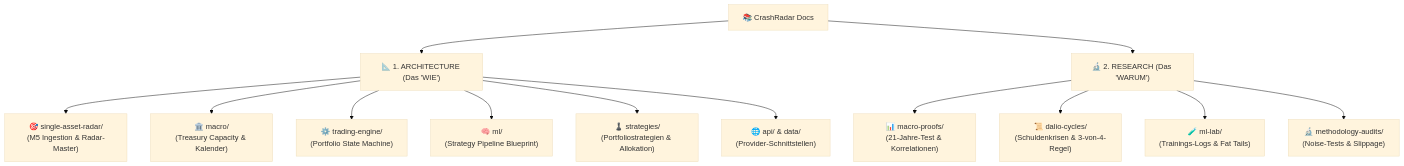
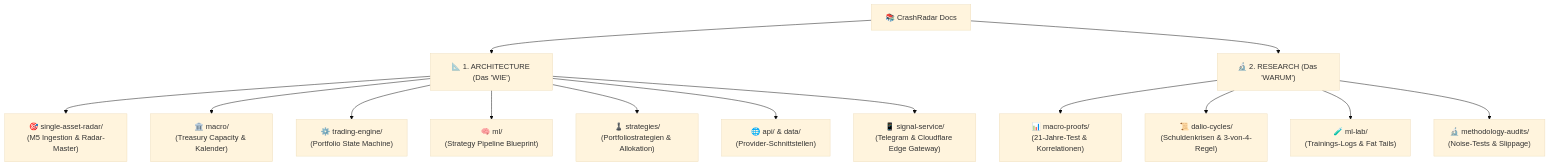
The diagram in docs/README.md (jahnhane1980/CrashRadar), drawn with Mermaid (base theme) before and after one commit. The commit also changed other lines of this file and 3 other files, not shown here.

First line of the commit message:
docs: architecture & roadmap alignment for investment signal service

````diff
--- a/docs/README.md
+++ b/docs/README.md
@@ -10,19 +10,20 @@
 ```mermaid
 flowchart TD
     Index["📚 CrashRadar Docs"]
     
     Index --> Arch["📐 1. ARCHITECTURE (Das 'WIE')"]
     Index --> Res["🔬 2. RESEARCH (Das 'WARUM')"]
     
     Arch --> A1["🎯 single-asset-radar/<br>(M5 Ingestion & Radar-Master)"]
     Arch --> A2["🏛️ macro/<br>(Treasury Capacity & Kalender)"]
     Arch --> A3["⚙️ trading-engine/<br>(Portfolio State Machine)"]
     Arch --> A4["🧠 ml/<br>(Strategy Pipeline Blueprint)"]
     Arch --> A5["♟️ strategies/<br>(Portfoliostrategien & Allokation)"]
     Arch --> A6["🌐 api/ & data/<br>(Provider-Schnittstellen)"]
+    Arch --> A7["📱 signal-service/<br>(Telegram & Cloudflare Edge Gateway)"]
     
     Res --> R1["📊 macro-proofs/<br>(21-Jahre-Test & Korrelationen)"]
     Res --> R2["📜 dalio-cycles/<br>(Schuldenkrisen & 3-von-4-Regel)"]
     Res --> R3["🧪 ml-lab/<br>(Trainings-Logs & Fat Tails)"]
     Res --> R4["🔬 methodology-audits/<br>(Noise-Tests & Slippage)"]
 ```
````
